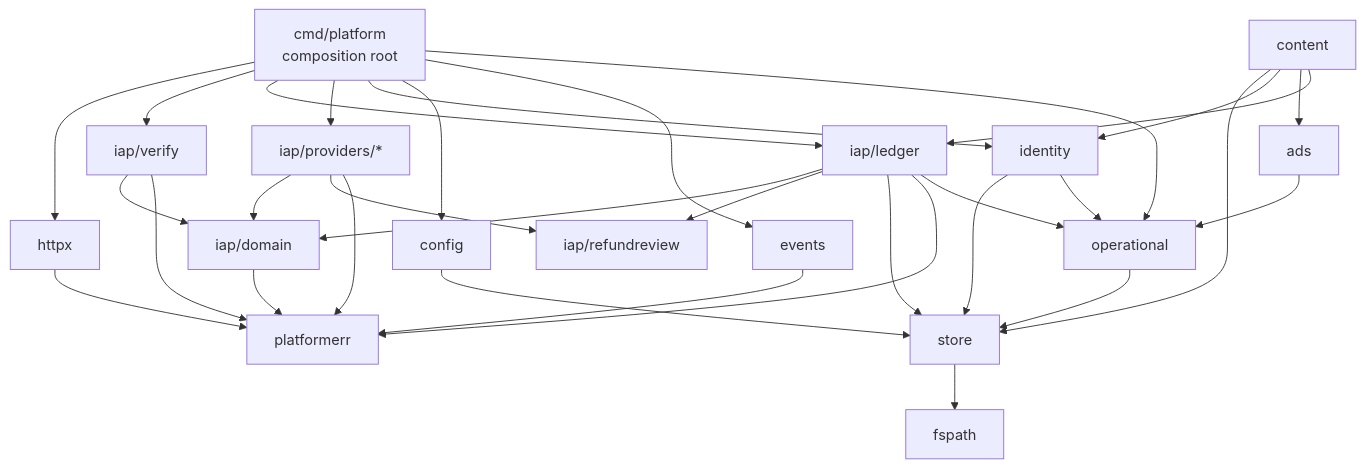
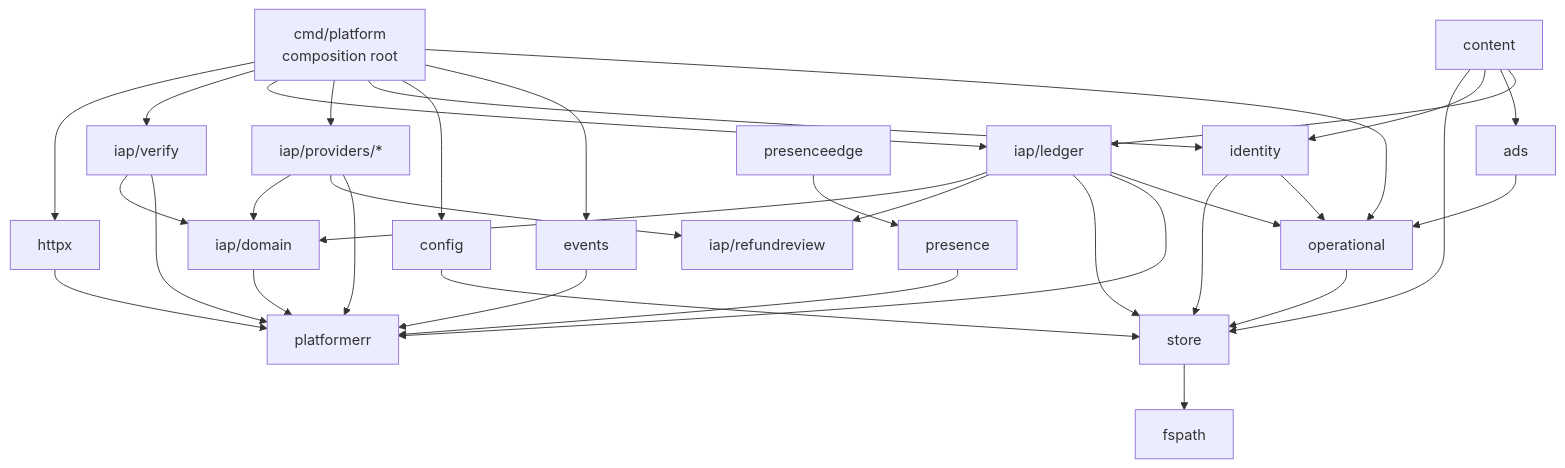
One commit to seorilabs/platform changed the diagram in docs/03-architecture/server-layout.md. Above: the diagram before and after it, drawn with Mermaid. The commit also changed other lines of this file and 35 other files, not shown here.

````diff
--- a/docs/03-architecture/server-layout.md
+++ b/docs/03-architecture/server-layout.md
@@ -48,35 +50,37 @@
 ```mermaid
 flowchart TD
   CMD["cmd/platform<br/>composition root"] --> HTTPX["httpx"]
   CMD --> VERIFY["iap/verify"]
   CMD --> LEDGER["iap/ledger"]
   CMD --> PROV["iap/providers/*"]
   CMD --> ID["identity"]
   CMD --> CFG["config"]
   CMD --> EV["events"]
   CMD --> OPS["operational"]
 
   HTTPX --> ERR["platformerr"]
   VERIFY --> DOM["iap/domain"]
   VERIFY --> ERR
   LEDGER --> DOM
   LEDGER --> REFUND["iap/refundreview"]
   LEDGER --> STORE["store"]
   LEDGER --> ERR
   PROV --> DOM
   PROV --> REFUND
   PROV --> ERR
   ID --> STORE
   ID --> OPS
   LEDGER --> OPS
   ADS["ads"] --> OPS
   CONTENT["content"] --> STORE
   CONTENT --> ID
   CONTENT --> ADS
   CONTENT --> LEDGER
   OPS --> STORE
   CFG --> STORE
   EV --> ERR
+  PRESENCE["presence"] --> ERR
+  EDGE["presenceedge"] --> PRESENCE
   STORE --> FSPATH["fspath"]
   DOM --> ERR
 ```
````
